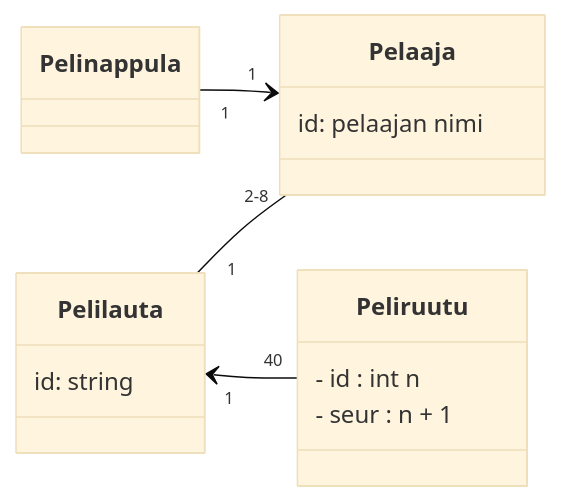
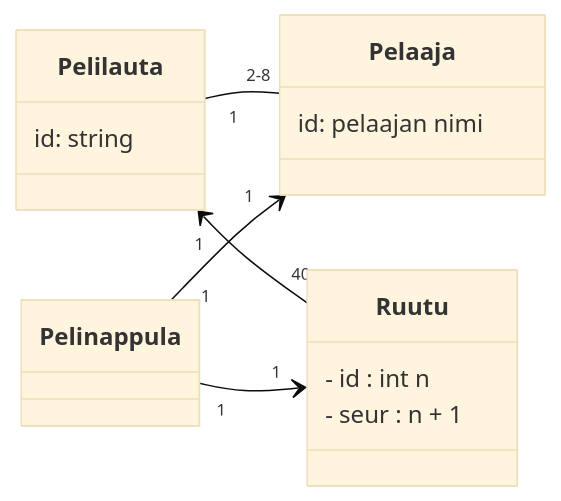
The diagram in laskarit/viikko3/monopoli.md (brotholi/ot-harjoitustyo), drawn with Mermaid (base theme) before and after one commit.

````diff
--- a/laskarit/viikko3/monopoli.md
+++ b/laskarit/viikko3/monopoli.md
@@ -1,29 +1,29 @@
 ```mermaid
  classDiagram
     direction LR
     
     
     class Pelaaja {
         id: pelaajan nimi
     }
 
     class Pelilauta {
      id: string   
     }
     
     
-    class Peliruutu {
+    class Ruutu {
     - id : int n
     - seur : n + 1
     }
     
     class Pelinappula {
     }
     
 
     Pelilauta "1" -- "2-8" Pelaaja
-    Pelilauta "1" <-- "40" Peliruutu
+    Pelilauta "1" <-- "40" Ruutu
     Pelinappula "1" --> "1" Pelaaja
-    
+    Pelinappula "1" --> "1" Ruutu
     
 ```
````
